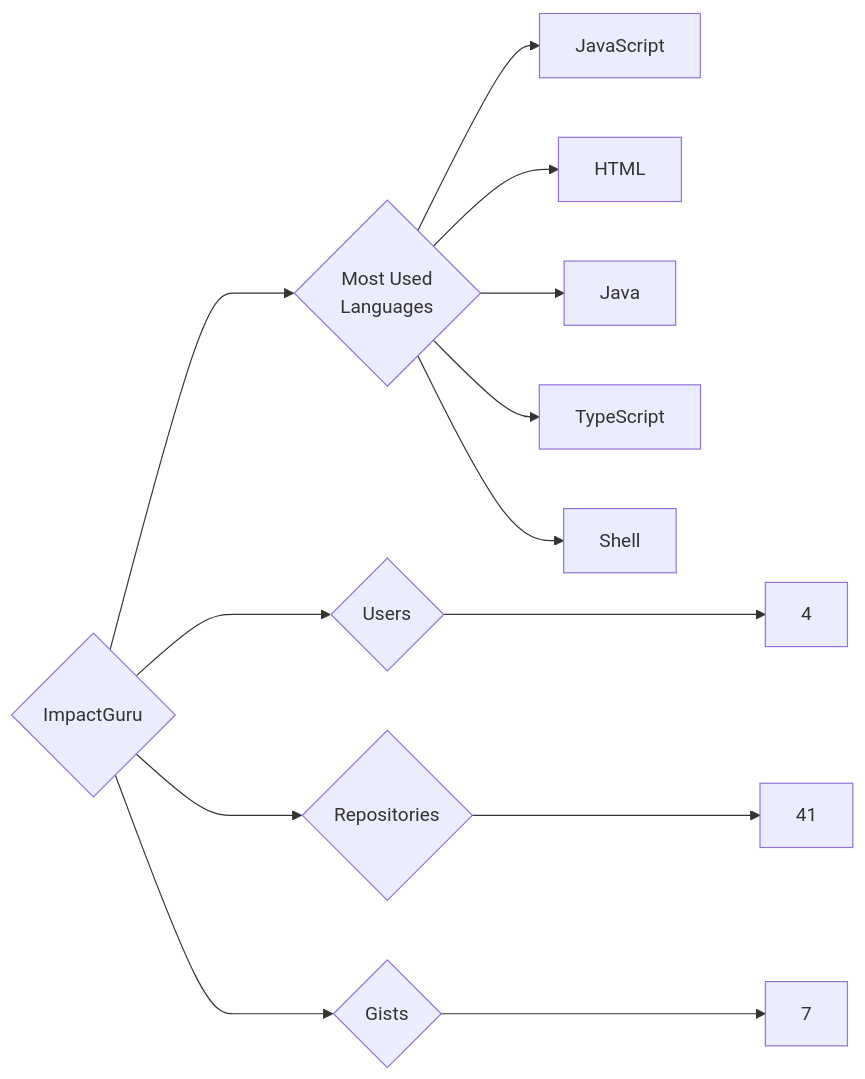
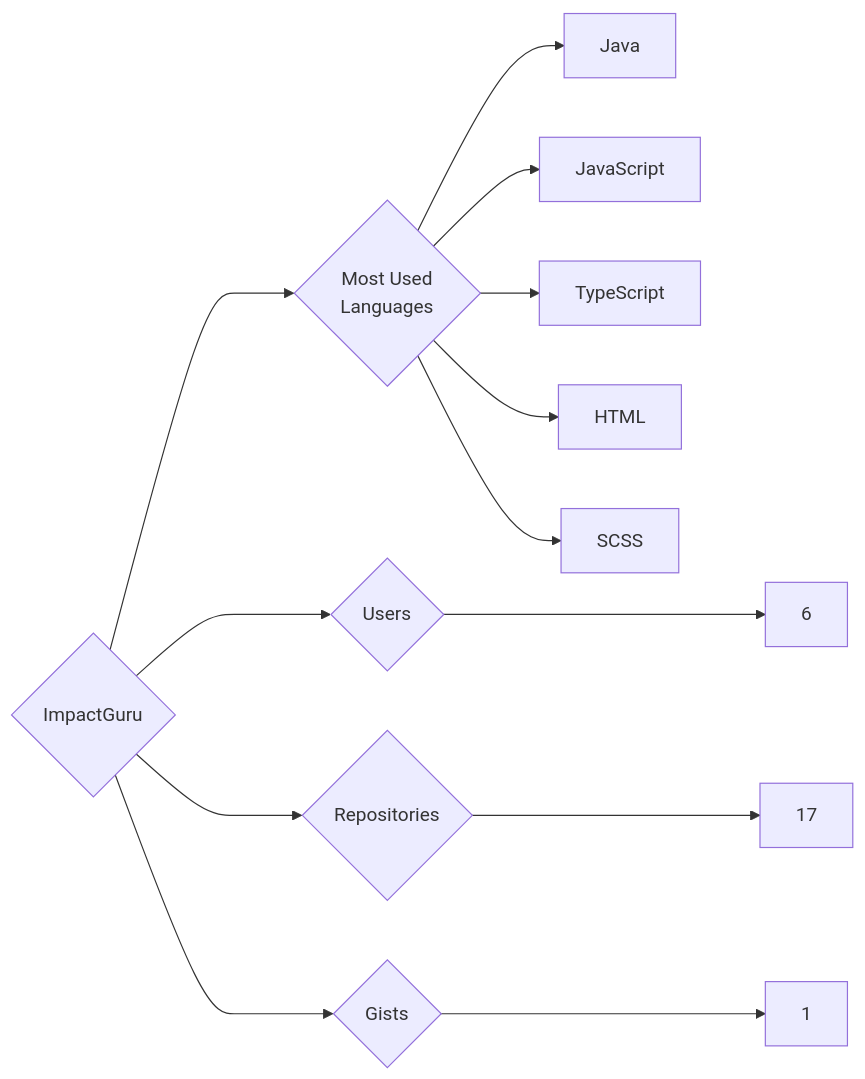
The diagram in targets/ImpactGuru/README.md (trickest/insiders), drawn with Mermaid before and after one commit. The commit also changed 935 other files, not shown here.

````diff
--- a/targets/ImpactGuru/README.md
+++ b/targets/ImpactGuru/README.md
@@ -3,13 +3,13 @@
 ```mermaid
 graph LR
 COMPANY_NAME{ImpactGuru}
-COMPANY_NAME ---> U{Users} ---> UN[4]
-COMPANY_NAME ---> R{Repositories} ---> RN[41]
-COMPANY_NAME ---> G{Gists} ---> GN[7]
+COMPANY_NAME ---> U{Users} ---> UN[6]
+COMPANY_NAME ---> R{Repositories} ---> RN[17]
+COMPANY_NAME ---> G{Gists} ---> GN[1]
 COMPANY_NAME ---> ML{Most Used<br>Languages}
+ML --> Java[Java]
 ML --> JavaScript[JavaScript]
+ML --> TypeScript[TypeScript]
 ML --> HTML[HTML]
-ML --> Java[Java]
-ML --> TypeScript[TypeScript]
-ML --> Shell[Shell]
+ML --> SCSS[SCSS]
 ```
````
